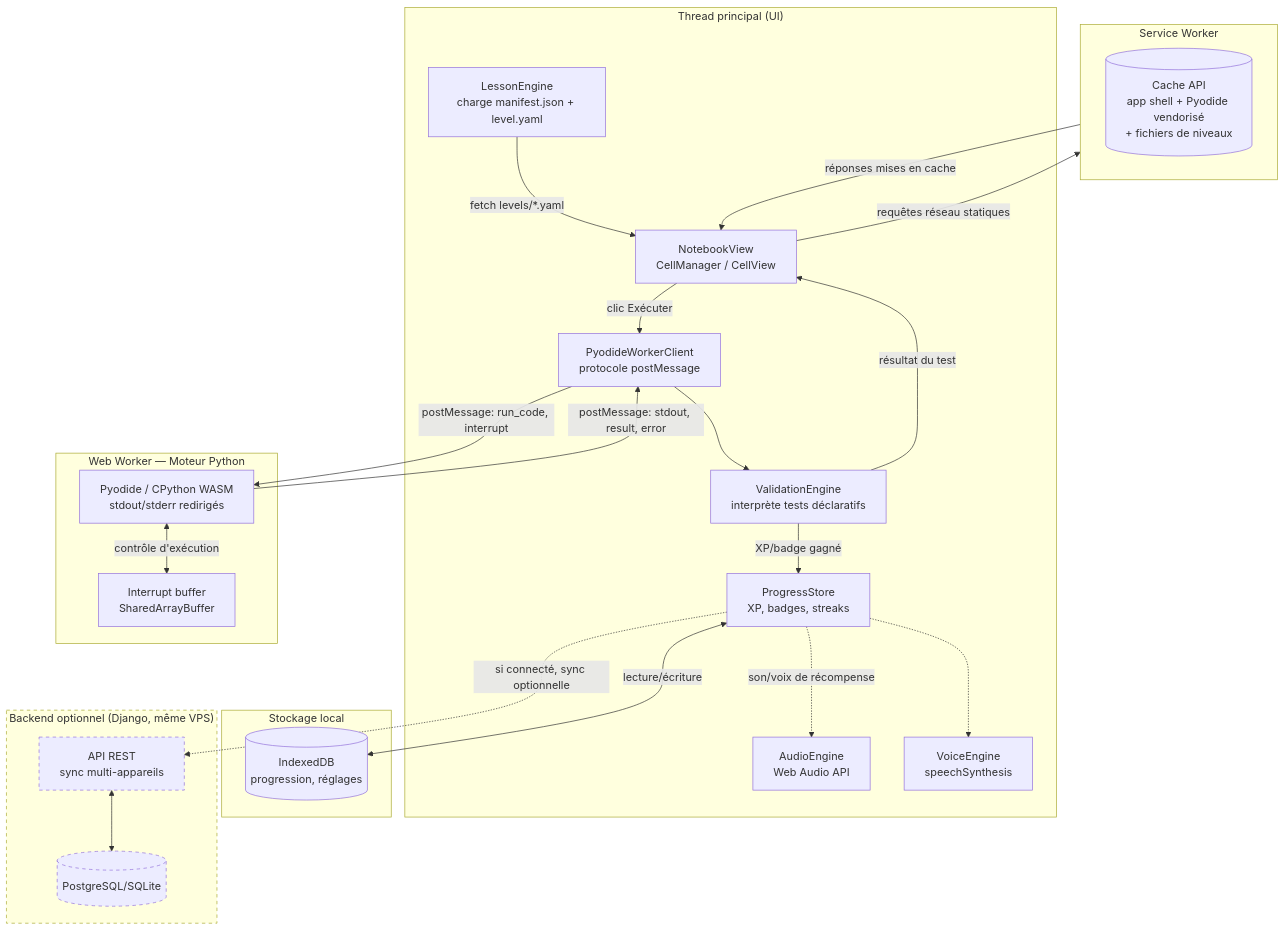
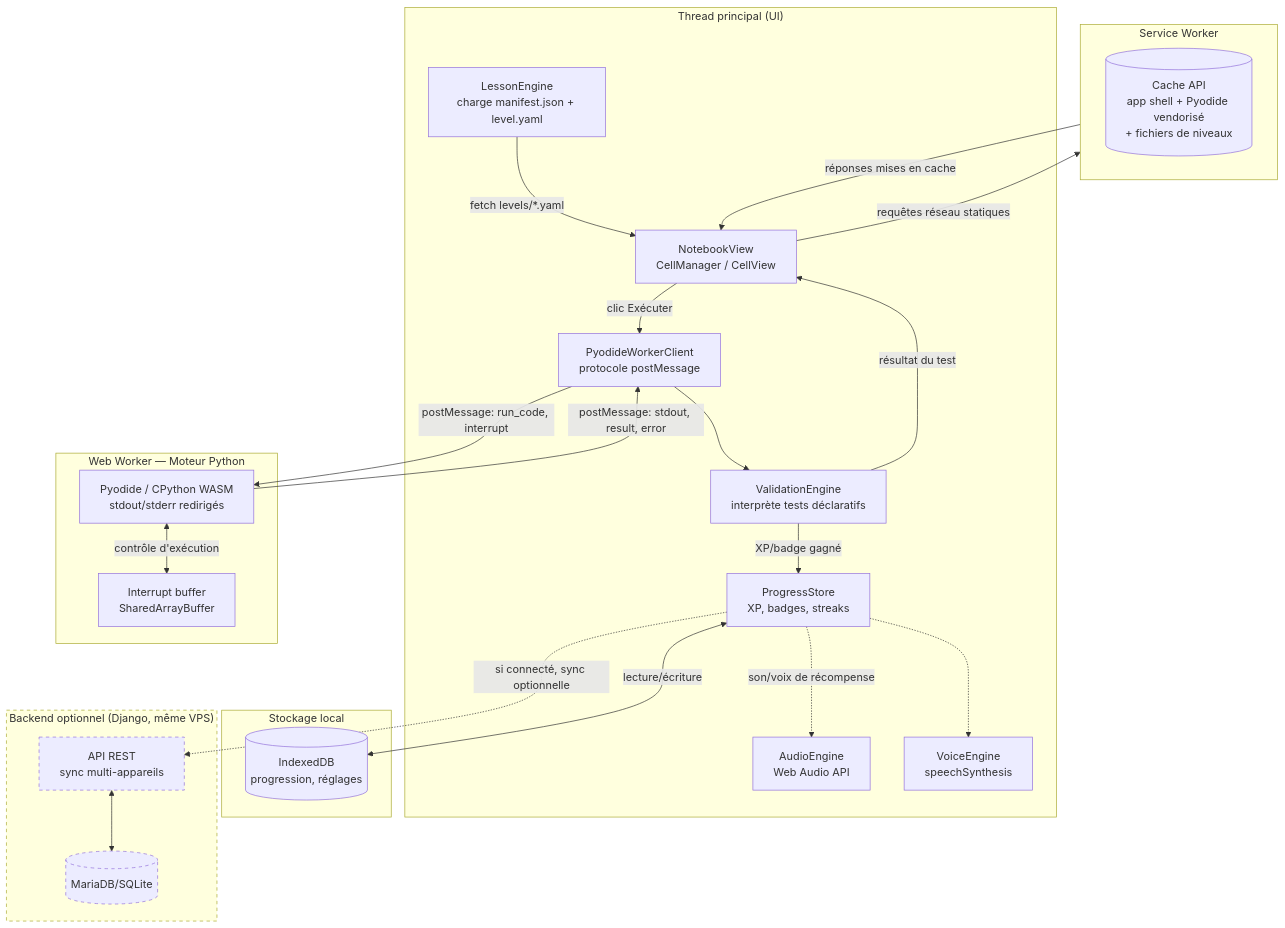
One commit to deunix-educ/PyQuest changed the diagram in docs/design/02-architecture-diagram.md. Above: the diagram before and after it, drawn with Mermaid. The commit also changed 25 other files, not shown here.

````diff
--- a/docs/design/02-architecture-diagram.md
+++ b/docs/design/02-architecture-diagram.md
@@ -3,49 +3,49 @@
 ```mermaid
 flowchart TB
     subgraph MainThread["Thread principal (UI)"]
         UI[NotebookView<br/>CellManager / CellView]
         LE[LessonEngine<br/>charge manifest.json + level.yaml]
         VE[ValidationEngine<br/>interprète tests déclaratifs]
         PS[ProgressStore<br/>XP, badges, streaks]
         AE[AudioEngine<br/>Web Audio API]
         VO[VoiceEngine<br/>speechSynthesis]
         PWC[PyodideWorkerClient<br/>protocole postMessage]
     end
 
     subgraph Worker["Web Worker — Moteur Python"]
         PY[Pyodide / CPython WASM<br/>stdout/stderr redirigés]
         IB[Interrupt buffer<br/>SharedArrayBuffer]
     end
 
     subgraph Storage["Stockage local"]
         IDB[(IndexedDB<br/>progression, réglages)]
     end
 
     subgraph SW["Service Worker"]
         CACHE[(Cache API<br/>app shell + Pyodide vendorisé<br/>+ fichiers de niveaux)]
     end
 
     subgraph Backend["Backend optionnel (Django, même VPS)"]
         API[API REST<br/>sync multi-appareils]
-        DB[(PostgreSQL/SQLite)]
+        DB[(MariaDB/SQLite)]
     end
 
     UI -->|clic Exécuter| PWC
     PWC -->|postMessage: run_code, interrupt| PY
     PY <-->|contrôle d'exécution| IB
     PY -->|postMessage: stdout, result, error| PWC
     PWC --> VE
     VE -->|résultat du test| UI
     VE -->|XP/badge gagné| PS
     PS <-->|lecture/écriture| IDB
     PS -.->|son/voix de récompense| AE
     PS -.-> VO
     LE -->|fetch levels/*.yaml| UI
     UI -->|requêtes réseau statiques| SW
     SW -->|réponses mises en cache| UI
     PS -.->|si connecté, sync optionnelle| API
     API <--> DB
 
     classDef optional stroke-dasharray: 5 5
     class Backend,API,DB optional
 ```
````
